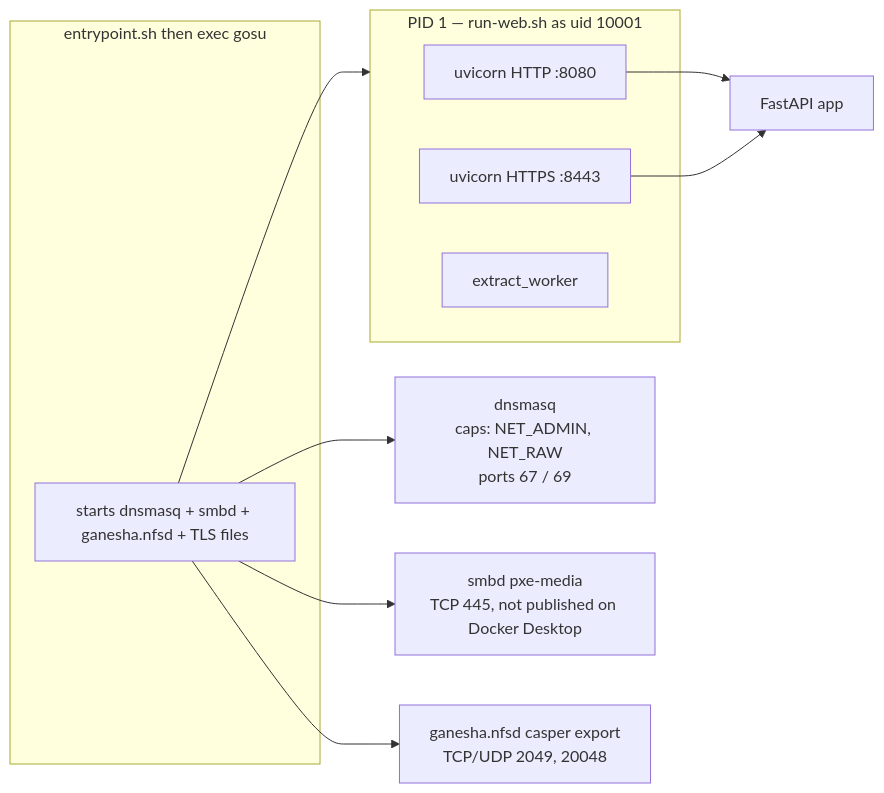
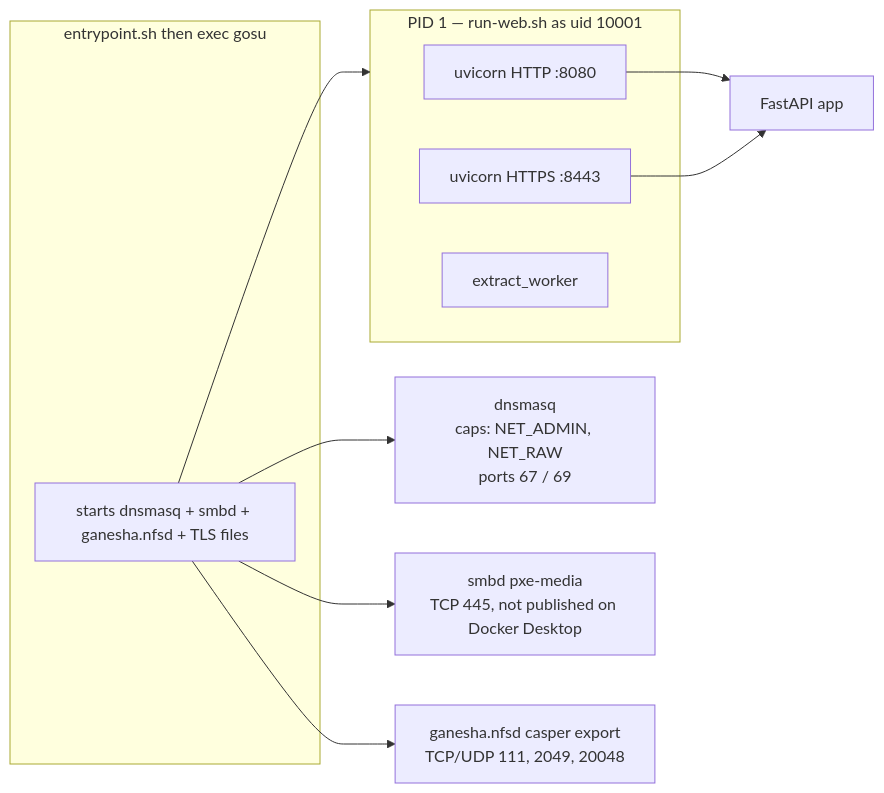
The second of 24 diagrams in ARCHITECTURE.md (hometinker12/home-lab-pxe), drawn with Mermaid before and after one commit. The commit also changed other lines of this file and 21 other files, not shown here.

First line of the commit message:
Make Ubuntu NFS casper boot through Docker NAT

````diff
--- a/ARCHITECTURE.md
+++ b/ARCHITECTURE.md
@@ -59,17 +59,17 @@
 ```mermaid
 flowchart LR
    subgraph pid1["PID 1 — run-web.sh as uid 10001"]
     H["uvicorn HTTP :8080"]
     S["uvicorn HTTPS :8443"]
     X["extract_worker"]
   end
   subgraph root["entrypoint.sh then exec gosu"]
     E["starts dnsmasq + smbd + ganesha.nfsd + TLS files"]
   end
   E --> D["dnsmasq<br/>caps: NET_ADMIN, NET_RAW<br/>ports 67 / 69"]
   E --> SMB["smbd pxe-media<br/>TCP 445, not published on Docker Desktop"]
-  E --> NFS["ganesha.nfsd casper export<br/>TCP/UDP 2049, 20048"]
+  E --> NFS["ganesha.nfsd casper export<br/>TCP/UDP 111, 2049, 20048"]
   E --> pid1
   H --> F["FastAPI app"]
   S --> F
 ```
````
